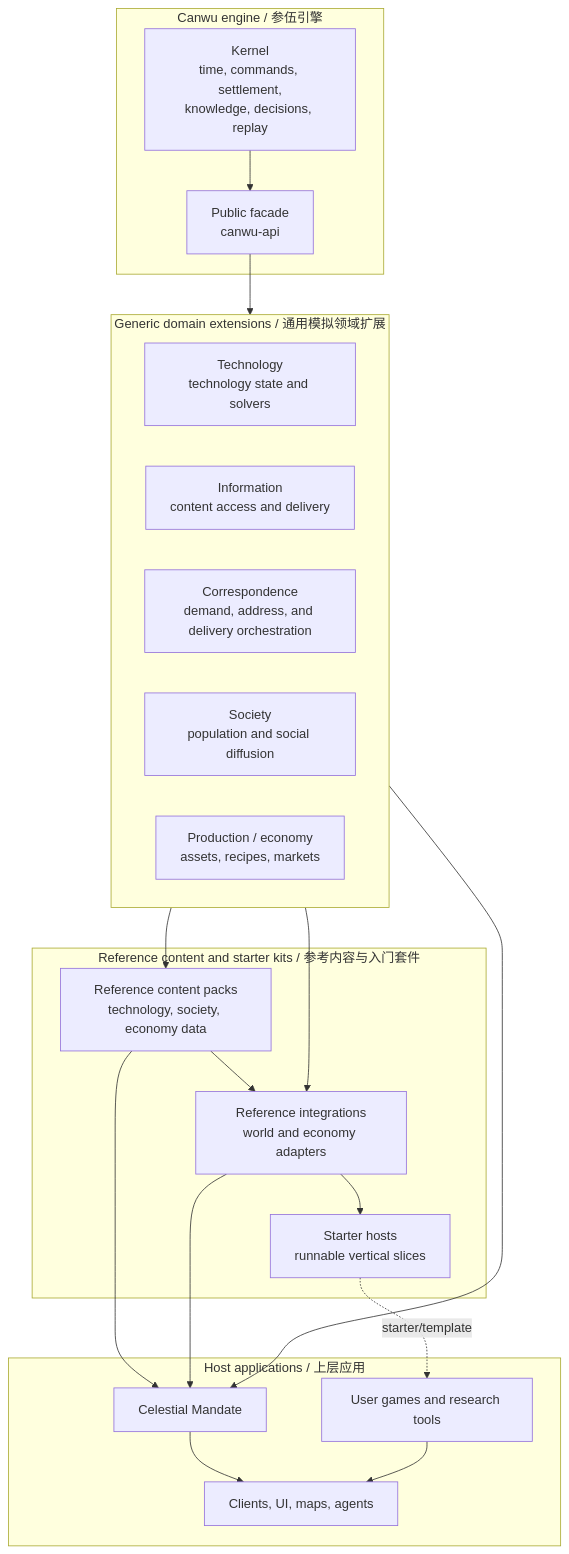
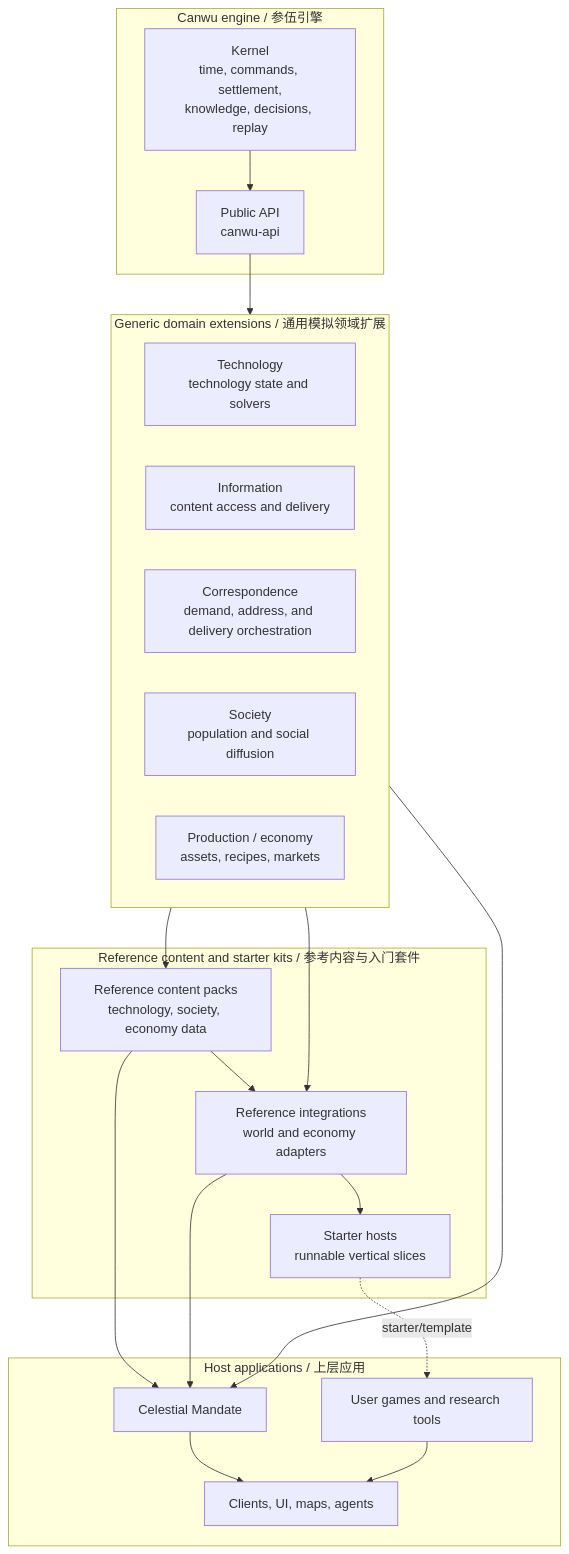
The fourth of 6 diagrams in docs/architecture.md (PeiyuanQi/canwu), drawn with Mermaid before and after one commit. The commit also changed other lines of this file and 55 other files, not shown here.

Commit message:
refactor: rename facade directory to api

````diff
--- a/docs/architecture.md
+++ b/docs/architecture.md
@@ -211,40 +211,40 @@
 ```mermaid
 flowchart TB
     subgraph Engine["Canwu engine / 参伍引擎"]
         Core["Kernel<br/>time, commands, settlement,<br/>knowledge, decisions, replay"]
-        Api["Public facade<br/>canwu-api"]
+        Api["Public API<br/>canwu-api"]
         Core --> Api
     end
 
     subgraph Domains["Generic domain extensions / 通用模拟领域扩展"]
         Tech["Technology<br/>technology state and solvers"]
         Info["Information<br/>content access and delivery"]
         Correspondence["Correspondence<br/>demand, address, and delivery orchestration"]
         Society["Society<br/>population and social diffusion"]
         Production["Production / economy<br/>assets, recipes, markets"]
     end
 
     subgraph Kits["Reference content and starter kits / 参考内容与入门套件"]
         Packs["Reference content packs<br/>technology, society, economy data"]
         Integrations["Reference integrations<br/>world and economy adapters"]
         Starters["Starter hosts<br/>runnable vertical slices"]
         Packs --> Integrations
         Integrations --> Starters
     end
 
     subgraph Apps["Host applications / 上层应用"]
         CM["Celestial Mandate"]
         UserGames["User games and research tools"]
         Clients["Clients, UI, maps, agents"]
         CM --> Clients
         UserGames --> Clients
     end
 
     Api --> Domains
     Domains --> Packs
     Domains --> Integrations
     Starters -. "starter/template" .-> UserGames
     Packs --> CM
     Integrations --> CM
     Domains --> CM
 ```
````
